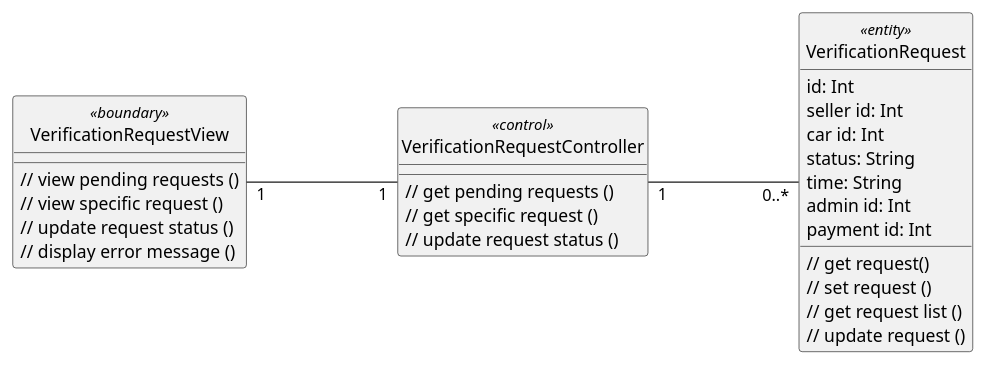
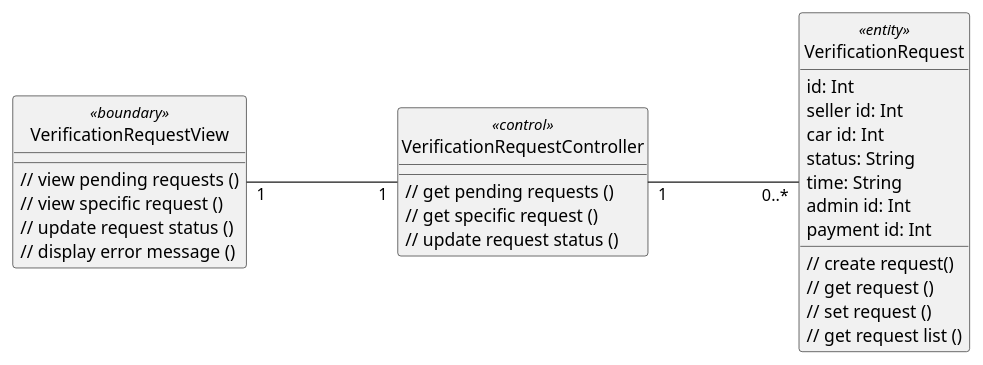
Before and after one commit to anhbanlinhle/velocity-exchange: the diagram in uml/analysis/class/approve_car_for_auction.puml, drawn with PlantUML. The commit also changed 4 other files, not shown here.

```diff
--- a/uml/analysis/class/approve_car_for_auction.puml
+++ b/uml/analysis/class/approve_car_for_auction.puml
@@ -1,41 +1,41 @@
 @startuml 
 left to right direction
 skinparam classAttributeIconSize 0
 skinparam linetype ortho
 hide circle
 class VerificationRequestView <<boundary>> {
     // view pending requests ()
     // view specific request ()
     // update request status ()
     // display error message ()
 
     }
 
 class VerificationRequestController <<control>> {
     // get pending requests ()
     // get specific request ()
     // update request status ()
 
     }
 
 class VerificationRequest <<entity>> {
     id: Int
     seller id: Int
     car id: Int
     status: String
     time: String
     admin id: Int
     payment id: Int
-    // get request()
+    // create request()
+    // get request ()
     // set request ()
     // get request list ()
-    // update request ()
     }
 
 
 VerificationRequestView "1" --- "1" VerificationRequestController
 
 VerificationRequestController "1" --- "0..*" VerificationRequest
 
 
 @enduml
```
